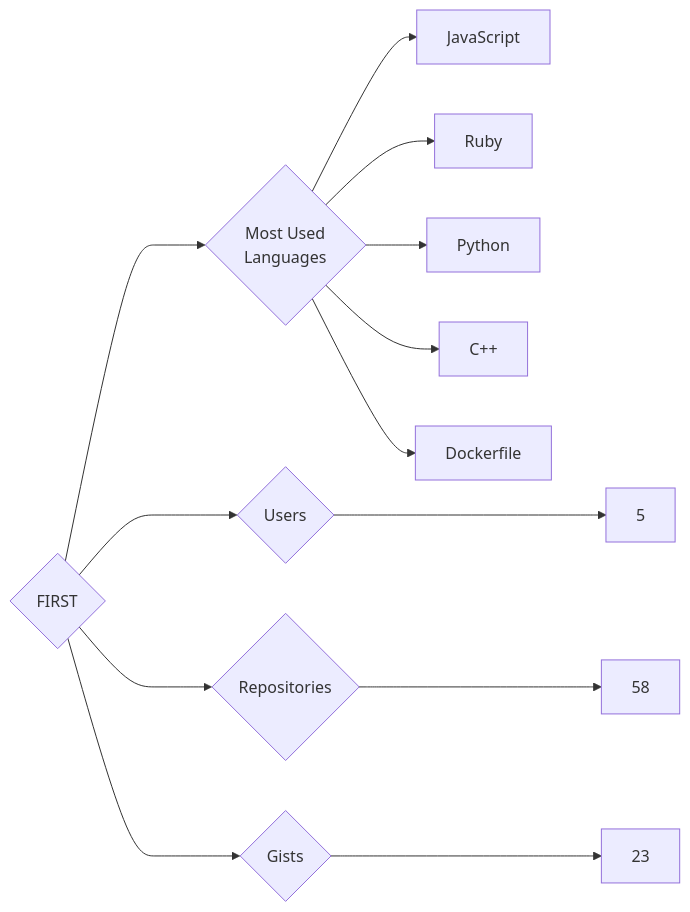
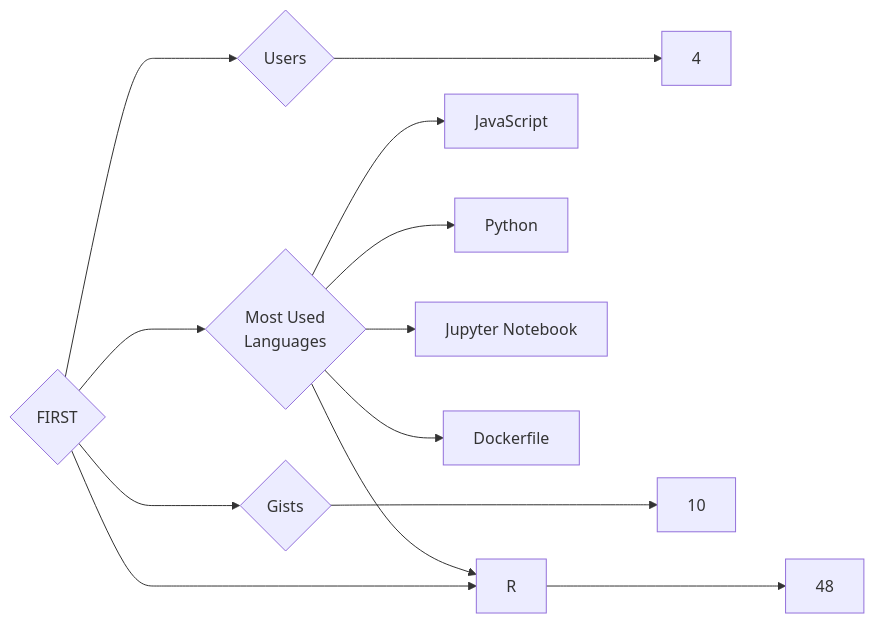
The diagram in targets/FIRST/README.md (trickest/insiders), drawn with Mermaid before and after one commit. The commit also changed 1023 other files, not shown here.

````diff
--- a/targets/FIRST/README.md
+++ b/targets/FIRST/README.md
@@ -3,13 +3,13 @@
 ```mermaid
 graph LR
 COMPANY_NAME{FIRST}
-COMPANY_NAME ---> U{Users} ---> UN[5]
-COMPANY_NAME ---> R{Repositories} ---> RN[58]
-COMPANY_NAME ---> G{Gists} ---> GN[23]
+COMPANY_NAME ---> U{Users} ---> UN[4]
+COMPANY_NAME ---> R{Repositories} ---> RN[48]
+COMPANY_NAME ---> G{Gists} ---> GN[10]
 COMPANY_NAME ---> ML{Most Used<br>Languages}
 ML --> JavaScript[JavaScript]
-ML --> Ruby[Ruby]
 ML --> Python[Python]
-ML --> C++[C++]
+ML --> Jupyter_Notebook[Jupyter Notebook]
+ML --> R[R]
 ML --> Dockerfile[Dockerfile]
 ```
````
